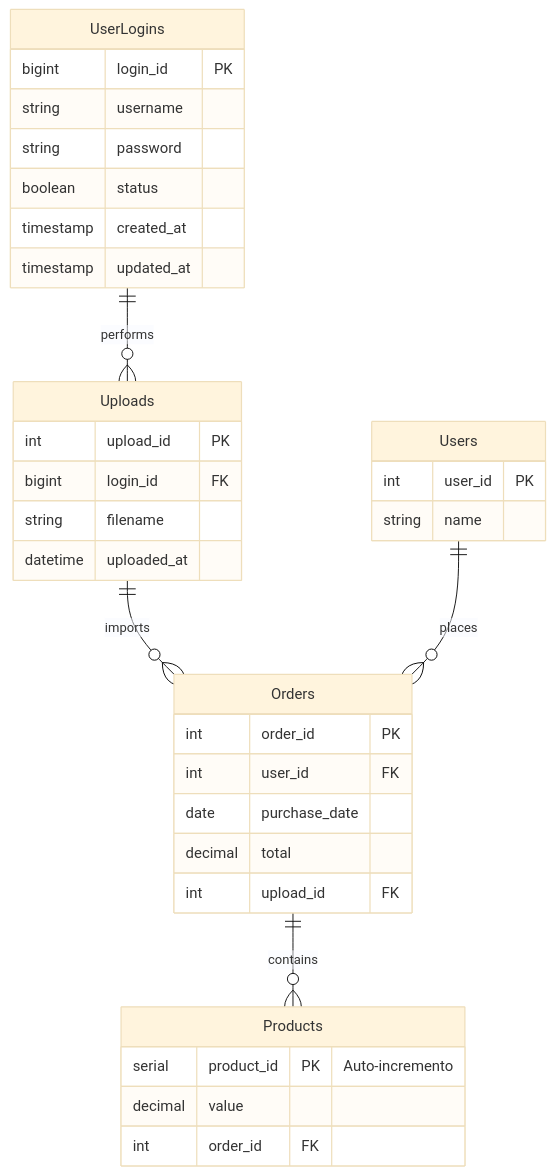
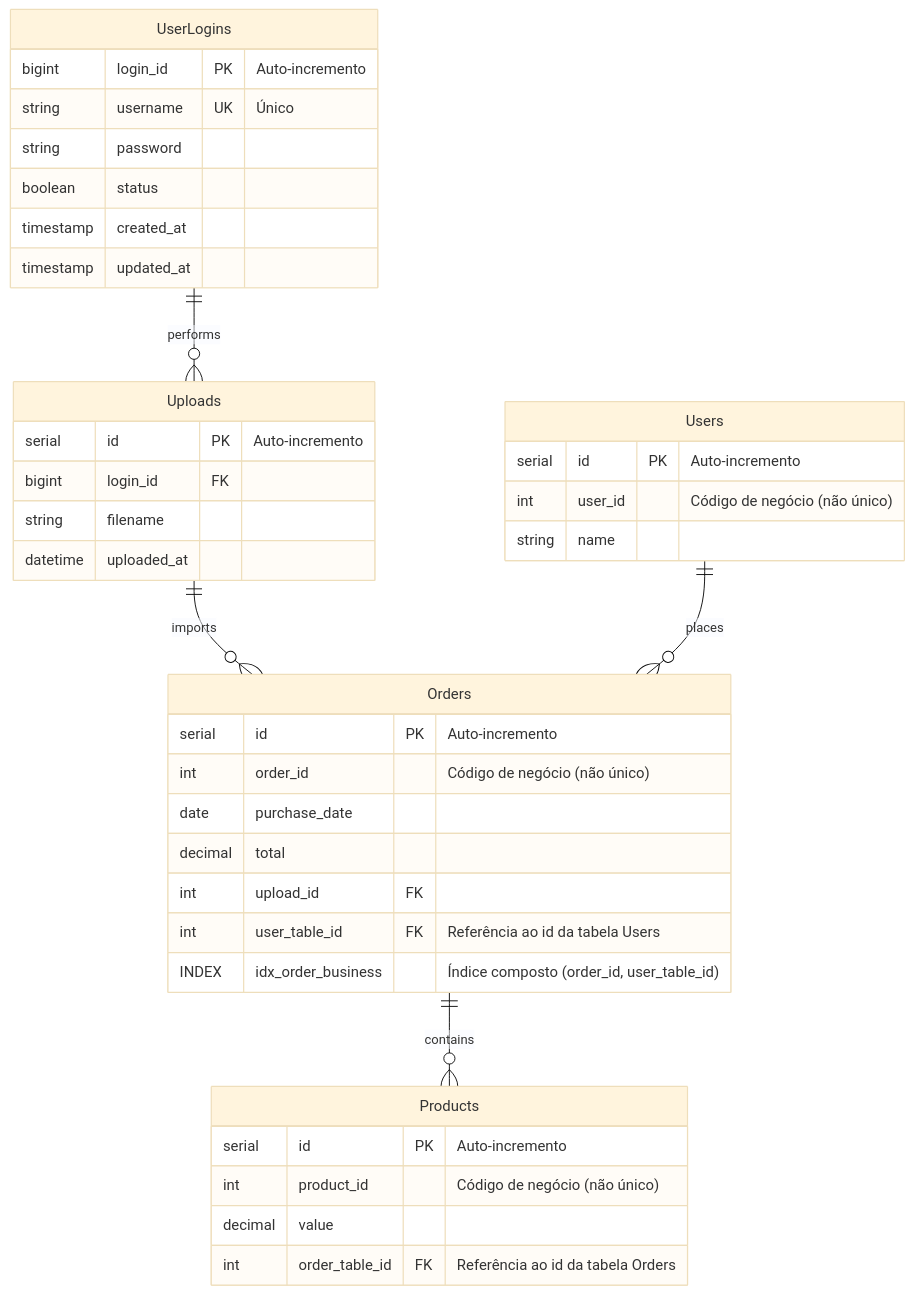
The diagram in docs/Mermaid/Diagrama-Entidade-Relacionamento.mmd (HigorJardini/Teste-LuizaLabs), drawn with Mermaid (base theme) before and after one commit. The commit also changed 21 other files, not shown here.

```diff
--- a/docs/Mermaid/Diagrama-Entidade-Relacionamento.mmd
+++ b/docs/Mermaid/Diagrama-Entidade-Relacionamento.mmd
@@ -1,40 +1,44 @@
 erDiagram
   UserLogins {
-    bigint login_id PK
-    string username
+    bigint login_id PK "Auto-incremento"
+    string username UK "Único"
     string password
     boolean status
     timestamp created_at
     timestamp updated_at
   }
 
   Users {
-    int user_id PK
+    serial id PK "Auto-incremento"
+    int user_id "Código de negócio (não único)"
     string name
   }
 
   Uploads {
-    int upload_id PK
+    serial id PK "Auto-incremento"
     bigint login_id FK
     string filename
     datetime uploaded_at
   }
 
   Orders {
-    int order_id PK
-    int user_id FK
+    serial id PK "Auto-incremento"
+    int order_id "Código de negócio (não único)"
     date purchase_date
     decimal total
     int upload_id FK
+    int user_table_id FK "Referência ao id da tabela Users"
+    INDEX idx_order_business "Índice composto (order_id, user_table_id)"
   }
 
   Products {
-    serial product_id PK "Auto-incremento"
+    serial id PK "Auto-incremento"
+    int product_id "Código de negócio (não único)"
     decimal value
-    int order_id FK
+    int order_table_id FK "Referência ao id da tabela Orders"
   }
 
   UserLogins ||--o{ Uploads : performs
   Uploads ||--o{ Orders : imports
   Users ||--o{ Orders : places
   Orders ||--o{ Products : contains
```
